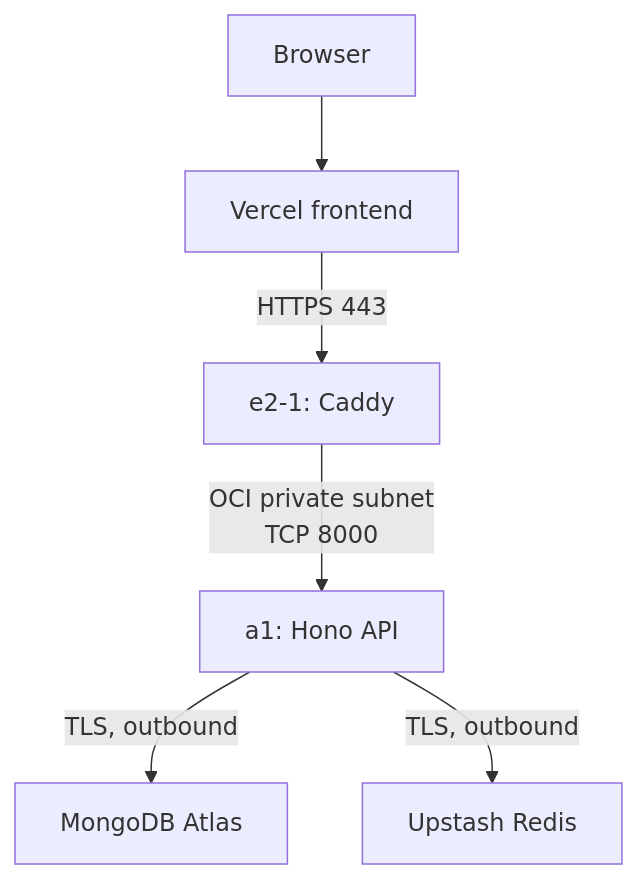
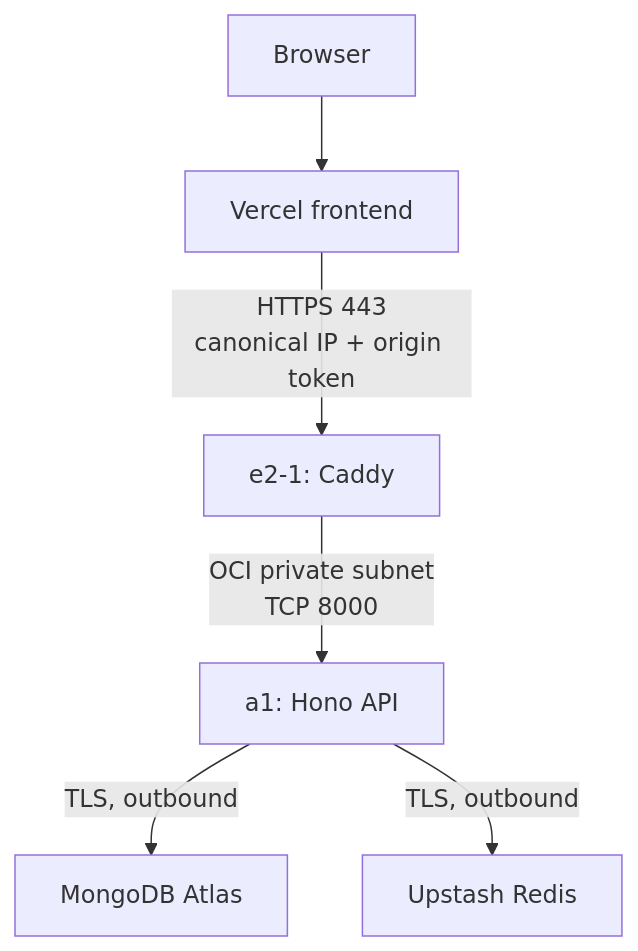
The first of 2 diagrams in README.md (RutamBhagat/crossval), drawn with Mermaid before and after one commit. The commit also changed other lines of this file and 5 other files, not shown here.

````diff
--- a/README.md
+++ b/README.md
@@ -40,8 +44,8 @@
 ```mermaid
 flowchart TD
     U[Browser] --> V[Vercel frontend]
-    V -->|HTTPS 443| C[e2-1: Caddy]
+    V -->|HTTPS 443<br/>canonical IP + origin token| C[e2-1: Caddy]
     C -->|OCI private subnet<br/>TCP 8000| A[a1: Hono API]
     A -->|TLS, outbound| M[MongoDB Atlas]
     A -->|TLS, outbound| R[Upstash Redis]
 ```
````
